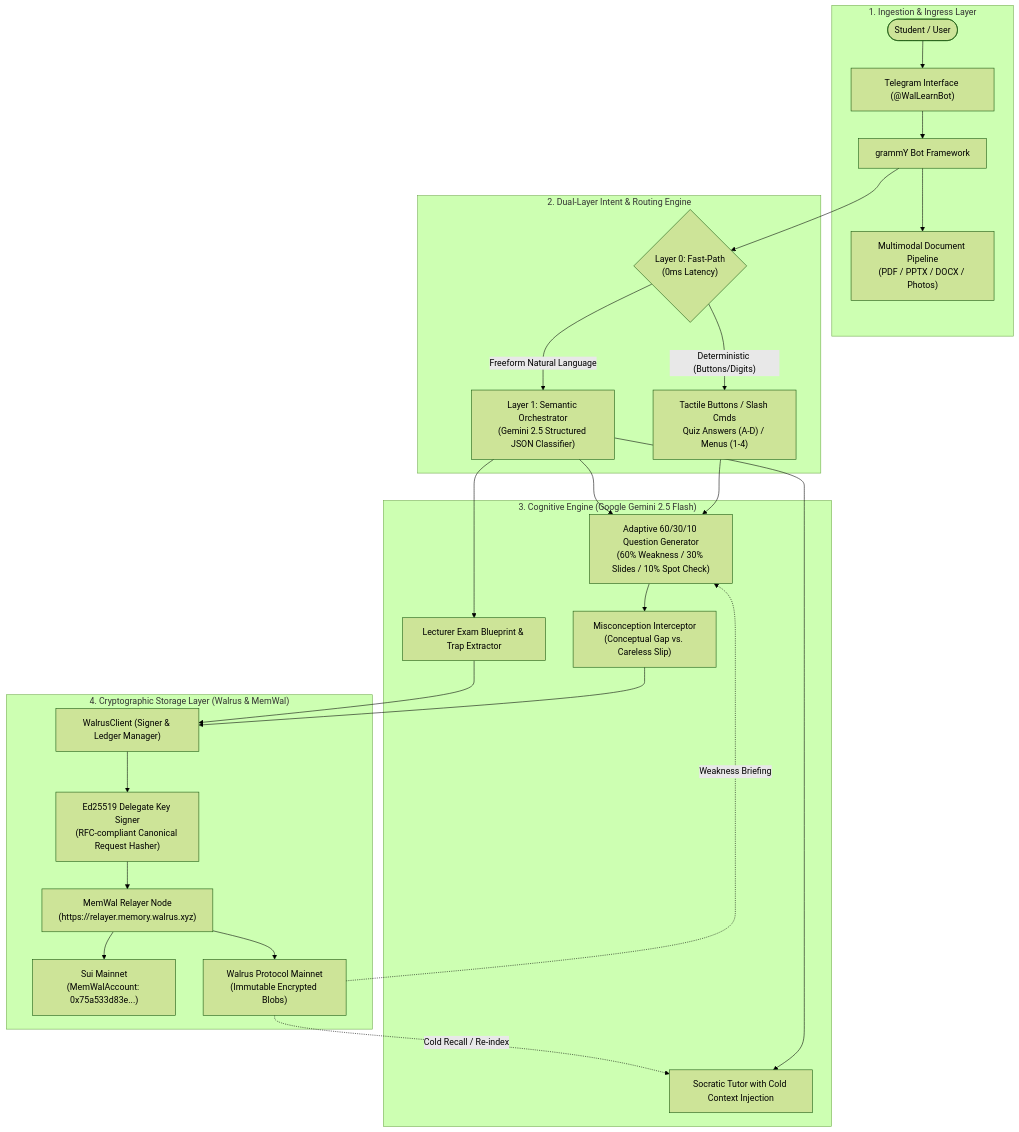
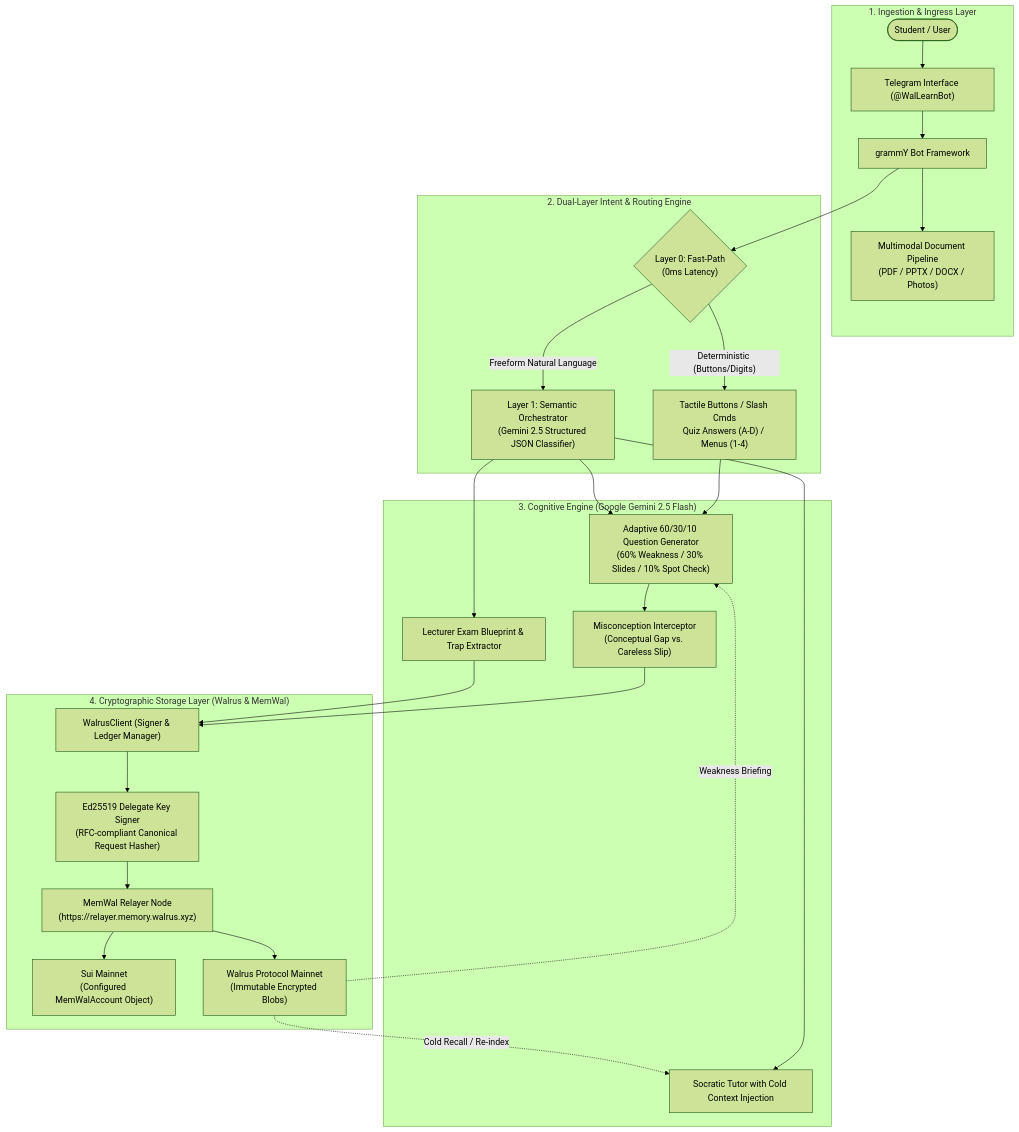
Before and after one commit to opeyemi406/WalLearn-bot: the diagram in README.md, drawn with Mermaid (forest theme). The commit also changed other lines of this file and 1 other file, not shown here.

````diff
--- a/README.md
+++ b/README.md
@@ -43,54 +43,54 @@
 ```mermaid
 flowchart TD
     subgraph ClientLayer ["1. Ingestion & Ingress Layer"]
         User(["Student / User"])
         Telegram["Telegram Interface (@WalLearnBot)"]
         GrammY["grammY Bot Framework"]
         DocParser["Multimodal Document Pipeline\n(PDF / PPTX / DOCX / Photos)"]
     end
 
     subgraph OrchestrationLayer ["2. Dual-Layer Intent & Routing Engine"]
         FastPath{"Layer 0: Fast-Path\n(0ms Latency)"}
         Deterministic["Tactile Buttons / Slash Cmds\nQuiz Answers (A-D) / Menus (1-4)"]
         SemanticRouter["Layer 1: Semantic Orchestrator\n(Gemini 2.5 Structured JSON Classifier)"]
     end
 
     subgraph CognitiveLayer ["3. Cognitive Engine (Google Gemini 2.5 Flash)"]
         AdaptiveQuiz["Adaptive 60/30/10 Question Generator\n(60% Weakness / 30% Slides / 10% Spot Check)"]
         Diagnostic["Misconception Interceptor\n(Conceptual Gap vs. Careless Slip)"]
         SocraticTutor["Socratic Tutor with Cold Context Injection"]
         BlueprintEngine["Lecturer Exam Blueprint & Trap Extractor"]
     end
 
     subgraph MemoryLayer ["4. Cryptographic Storage Layer (Walrus & MemWal)"]
         WalrusClient["WalrusClient (Signer & Ledger Manager)"]
         Ed25519["Ed25519 Delegate Key Signer\n(RFC-compliant Canonical Request Hasher)"]
         Relayer["MemWal Relayer Node\n(https://relayer.memory.walrus.xyz)"]
-        SuiChain["Sui Mainnet\n(MemWalAccount: 0x75a533d83e...)"]
+        SuiChain["Sui Mainnet\n(Configured MemWalAccount Object)"]
         WalrusMainnet["Walrus Protocol Mainnet\n(Immutable Encrypted Blobs)"]
     end
 
     User --> Telegram
     Telegram --> GrammY
     GrammY --> DocParser
     GrammY --> FastPath
 
     FastPath -- "Deterministic (Buttons/Digits)" --> Deterministic
     FastPath -- "Freeform Natural Language" --> SemanticRouter
 
     Deterministic --> AdaptiveQuiz
     SemanticRouter --> AdaptiveQuiz
     SemanticRouter --> SocraticTutor
     SemanticRouter --> BlueprintEngine
 
     AdaptiveQuiz --> Diagnostic
     Diagnostic --> WalrusClient
     BlueprintEngine --> WalrusClient
 
     WalrusClient --> Ed25519
     Ed25519 --> Relayer
     Relayer --> SuiChain
     Relayer --> WalrusMainnet
     WalrusMainnet -. "Cold Recall / Re-index" .-> SocraticTutor
     WalrusMainnet -. "Weakness Briefing" .-> AdaptiveQuiz
 ```
````
